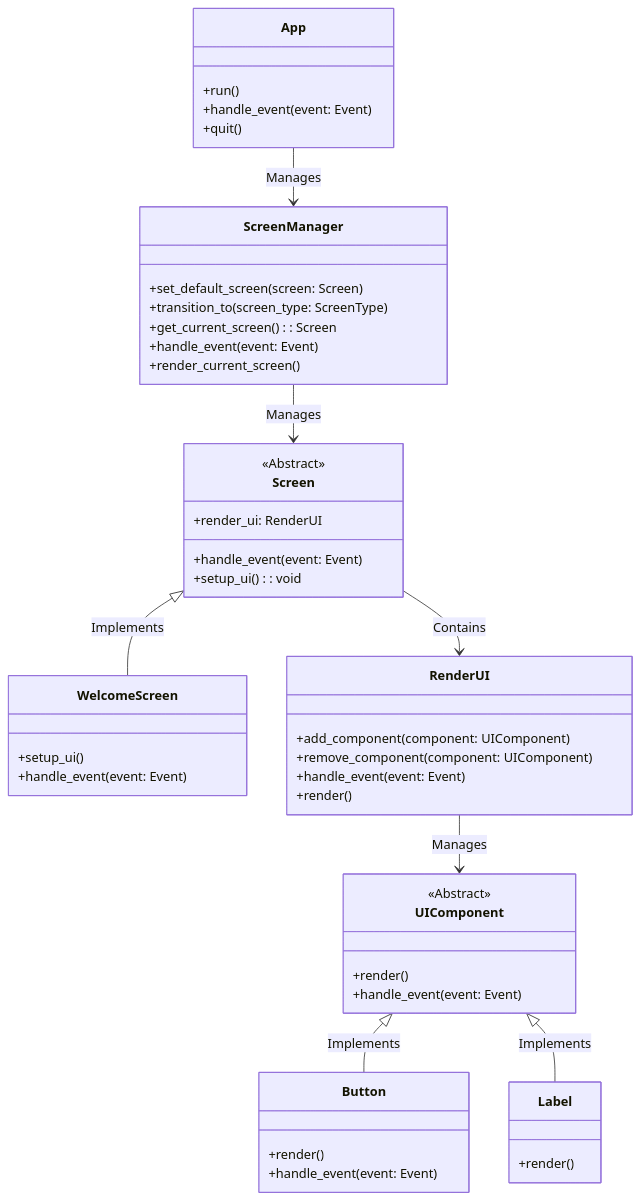
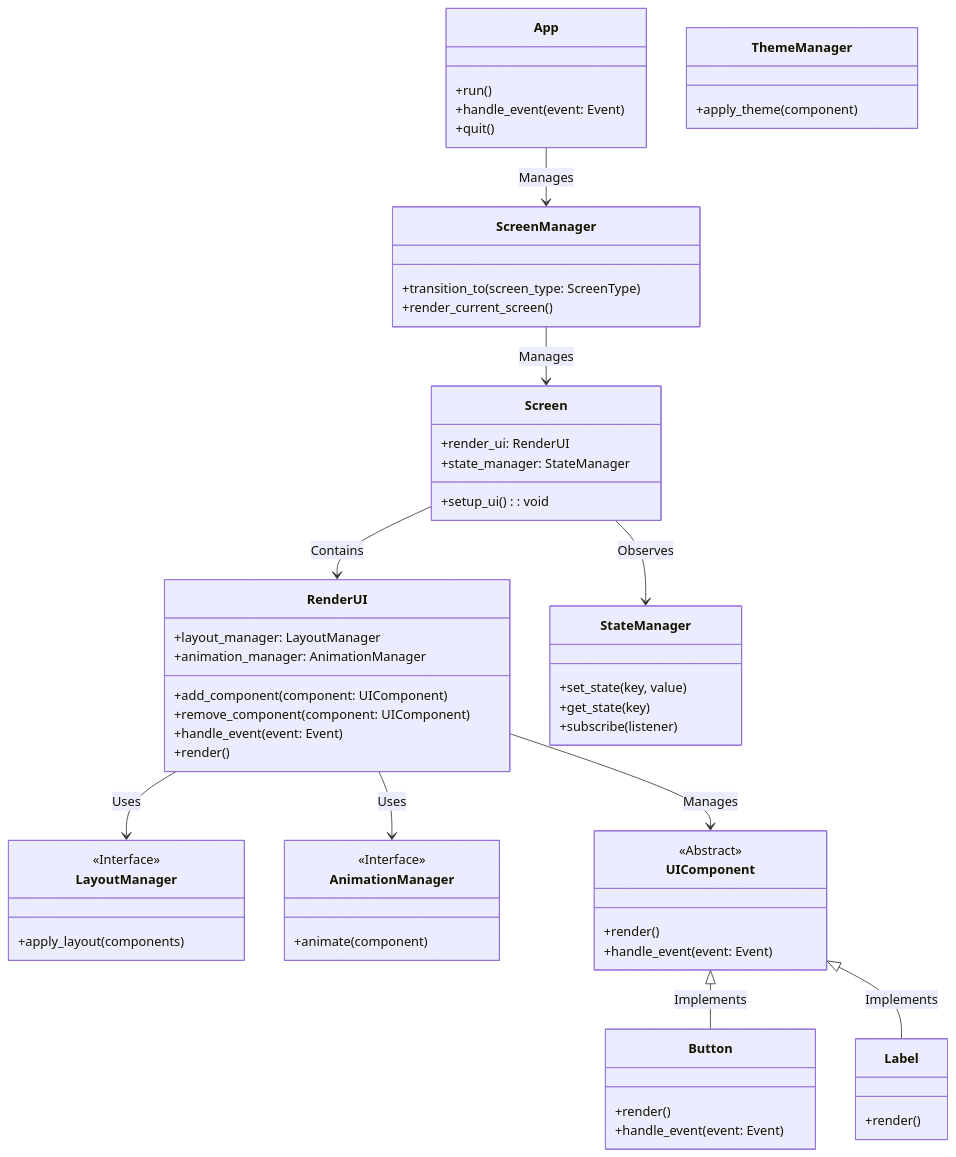
One commit to Phastboy/drawing changed the first of 2 diagrams in README.md. Above: the diagram before and after it, drawn with Mermaid.

````diff
--- a/README.md
+++ b/README.md
@@ -4,60 +4,75 @@
 ``` mermaid
 classDiagram
     direction TB
     class App {
         +run()
         +handle_event(event: Event)
         +quit()
     }
 
-    class Screen {
-        <<Abstract>>
-        +render_ui: RenderUI
-        +handle_event(event: Event)
-        +setup_ui(): void
+    class ScreenManager {
+        +transition_to(screen_type: ScreenType)
+        +render_current_screen()
     }
 
-    class WelcomeScreen {
-        +setup_ui()
-        +handle_event(event: Event)
+    class Screen {
+        +render_ui: RenderUI
+        +state_manager: StateManager
+        +setup_ui(): void
     }
 
     class RenderUI {
         +add_component(component: UIComponent)
         +remove_component(component: UIComponent)
         +handle_event(event: Event)
         +render()
+        +layout_manager: LayoutManager
+        +animation_manager: AnimationManager
+    }
+
+    class StateManager {
+        +set_state(key, value)
+        +get_state(key)
+        +subscribe(listener)
+    }
+
+    class ThemeManager {
+        +apply_theme(component)
+    }
+
+    class LayoutManager {
+        <<Interface>>
+        +apply_layout(components)
+    }
+
+    class AnimationManager {
+        <<Interface>>
+        +animate(component)
     }
 
     class UIComponent {
         <<Abstract>>
         +render()
         +handle_event(event: Event)
     }
 
     class Button {
         +render()
         +handle_event(event: Event)
     }
 
     class Label {
         +render()
     }
 
-    class ScreenManager {
-        +set_default_screen(screen: Screen)
-        +transition_to(screen_type: ScreenType)
-        +get_current_screen(): Screen
-        +handle_event(event: Event)
-        +render_current_screen()
-    }
-
     App --> ScreenManager : Manages
     ScreenManager --> Screen : Manages
     Screen --> RenderUI : Contains
+    Screen --> StateManager : Observes
+    RenderUI --> LayoutManager : Uses
+    RenderUI --> AnimationManager : Uses
     RenderUI --> UIComponent : Manages
     UIComponent <|-- Button : Implements
     UIComponent <|-- Label : Implements
-    Screen <|-- WelcomeScreen : Implements
 
 ```
````
